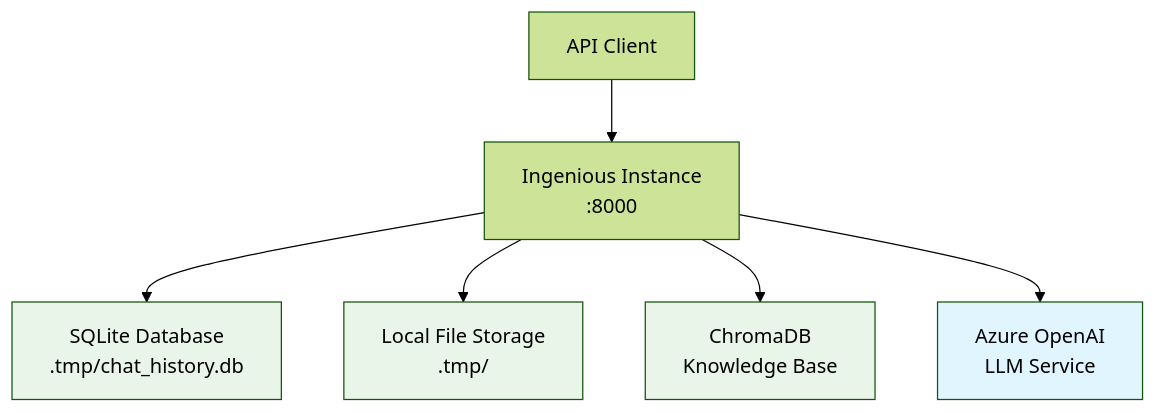
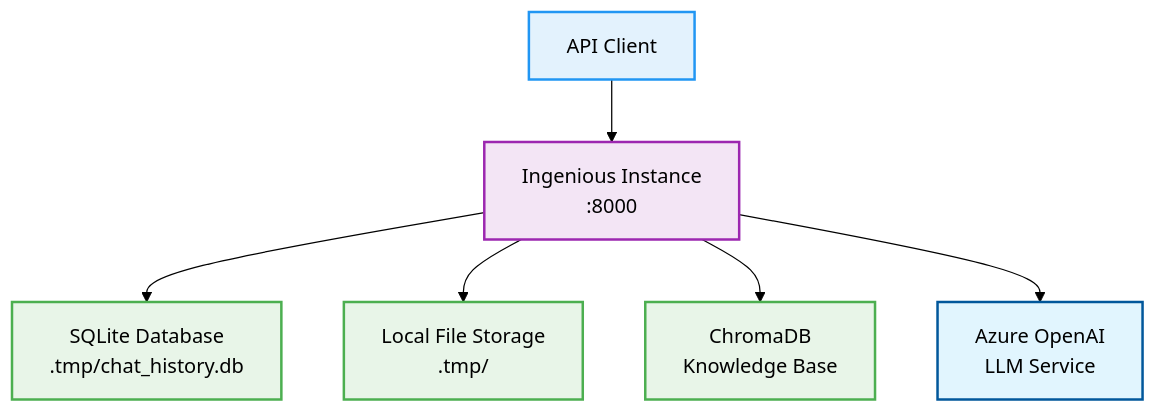
The seventh of 8 diagrams in docs/architecture.md (renz-adarayan/ingenious), drawn with Mermaid (forest theme) before and after one commit. The commit also changed other lines of this file and 8 other files, not shown here.

````diff
--- a/docs/architecture.md
+++ b/docs/architecture.md
@@ -313,14 +337,18 @@
 ```mermaid
-graph TB
-    CLIENT[API Client] --> APP_INSTANCE[Ingenious Instance<br/>:8000]
-    APP_INSTANCE --> LOCAL_DB[SQLite Database<br/>.tmp/chat_history.db]
-    APP_INSTANCE --> LOCAL_FILES[Local File Storage<br/>.tmp/]
-    APP_INSTANCE --> CHROMADB[ChromaDB<br/>Knowledge Base]
-    APP_INSTANCE --> AZURE_OPENAI[Azure OpenAI<br/>LLM Service]
+flowchart TB
+    CLIENT["API Client"] --> APP_INSTANCE["Ingenious Instance<br/>:8000"]
+    APP_INSTANCE --> LOCAL_DB["SQLite Database<br/>.tmp/chat_history.db"]
+    APP_INSTANCE --> LOCAL_FILES["Local File Storage<br/>.tmp/"]
+    APP_INSTANCE --> CHROMADB["ChromaDB<br/>Knowledge Base"]
+    APP_INSTANCE --> AZURE_OPENAI["Azure OpenAI<br/>LLM Service"]
 
-    classDef localServices fill:#e8f5e8
-    classDef azureServices fill:#e1f5fe
+    classDef client fill:#e3f2fd,stroke:#2196f3,stroke-width:2px
+    classDef app fill:#f3e5f5,stroke:#9c27b0,stroke-width:2px
+    classDef localServices fill:#e8f5e8,stroke:#4caf50,stroke-width:2px
+    classDef azureServices fill:#e1f5fe,stroke:#01579b,stroke-width:2px
 
+    class CLIENT client
+    class APP_INSTANCE app
     class LOCAL_DB,LOCAL_FILES,CHROMADB localServices
     class AZURE_OPENAI azureServices
 ```
````
